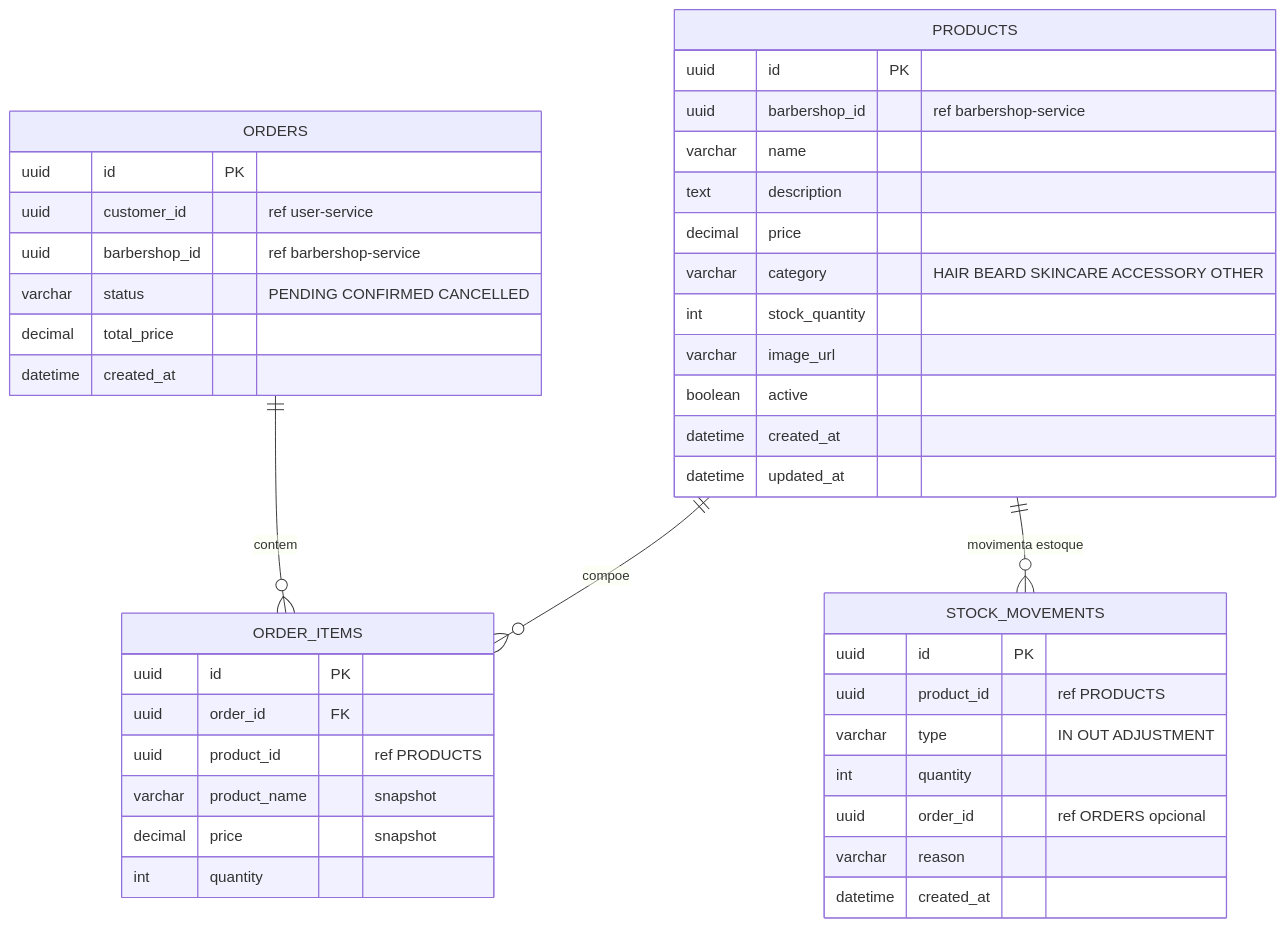
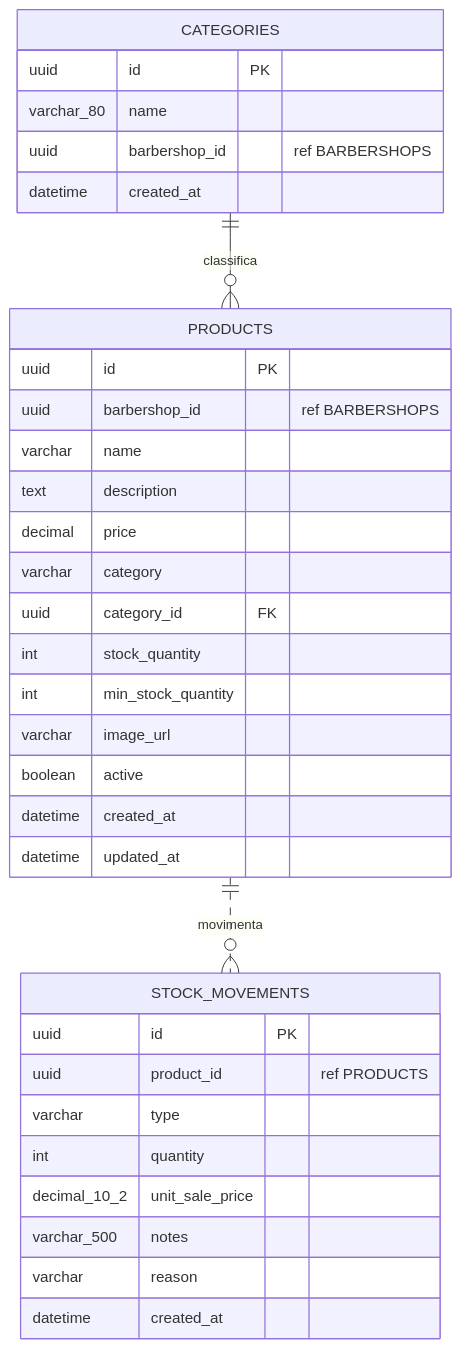
One commit to Luis-Barbershop/Arquitetura_completa changed the fifth of 6 diagrams in documentacao/der.md. Above: the diagram before and after it, drawn with Mermaid. The commit also changed other lines of this file and 4 other files, not shown here.

````diff
--- a/documentacao/der.md
+++ b/documentacao/der.md
@@ -169,45 +266,39 @@
 ```mermaid
 erDiagram
+    CATEGORIES {
+        uuid id PK
+        varchar_80 name
+        uuid barbershop_id "ref BARBERSHOPS"
+        datetime created_at
+    }
+
     PRODUCTS {
         uuid id PK
-        uuid barbershop_id "ref barbershop-service"
+        uuid barbershop_id "ref BARBERSHOPS"
         varchar name
         text description
         decimal price
-        varchar category "HAIR BEARD SKINCARE ACCESSORY OTHER"
+        varchar category
+        uuid category_id FK
         int stock_quantity
+        int min_stock_quantity
         varchar image_url
         boolean active
         datetime created_at
         datetime updated_at
     }
-    ORDERS {
-        uuid id PK
-        uuid customer_id "ref user-service"
-        uuid barbershop_id "ref barbershop-service"
-        varchar status "PENDING CONFIRMED CANCELLED"
-        decimal total_price
-        datetime created_at
-    }
-    ORDER_ITEMS {
-        uuid id PK
-        uuid order_id FK
-        uuid product_id "ref PRODUCTS"
-        varchar product_name "snapshot"
-        decimal price "snapshot"
-        int quantity
-    }
+
     STOCK_MOVEMENTS {
         uuid id PK
         uuid product_id "ref PRODUCTS"
-        varchar type "IN OUT ADJUSTMENT"
+        varchar type
         int quantity
-        uuid order_id "ref ORDERS opcional"
+        decimal_10_2 unit_sale_price
+        varchar_500 notes
         varchar reason
         datetime created_at
     }
 
-    PRODUCTS ||--o{ ORDER_ITEMS : "compoe"
-    PRODUCTS ||--o{ STOCK_MOVEMENTS : "movimenta estoque"
-    ORDERS ||--o{ ORDER_ITEMS : "contem"
+    CATEGORIES ||--o{ PRODUCTS : "classifica"
+    PRODUCTS ||..o{ STOCK_MOVEMENTS : "movimenta"
 ```
````
